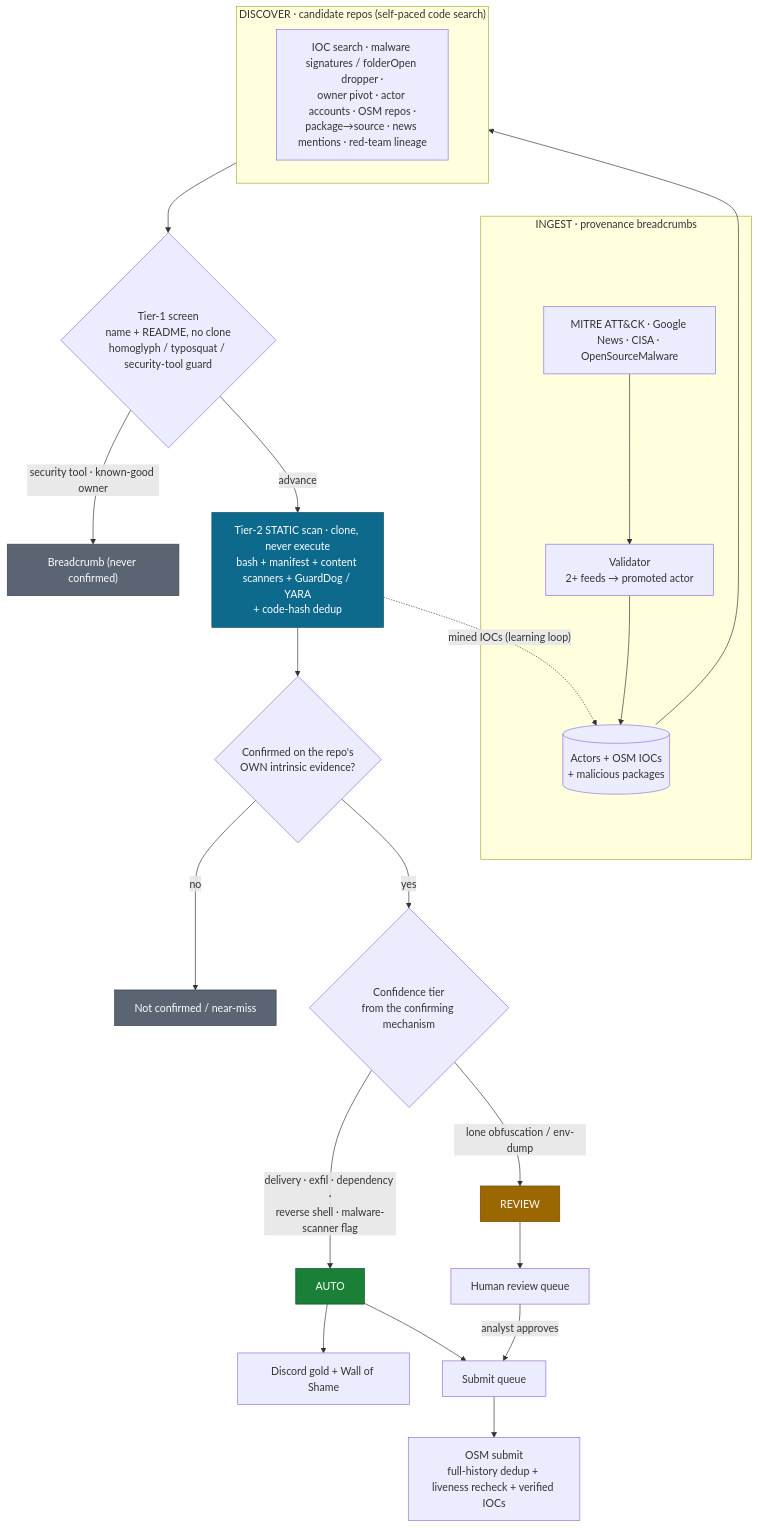
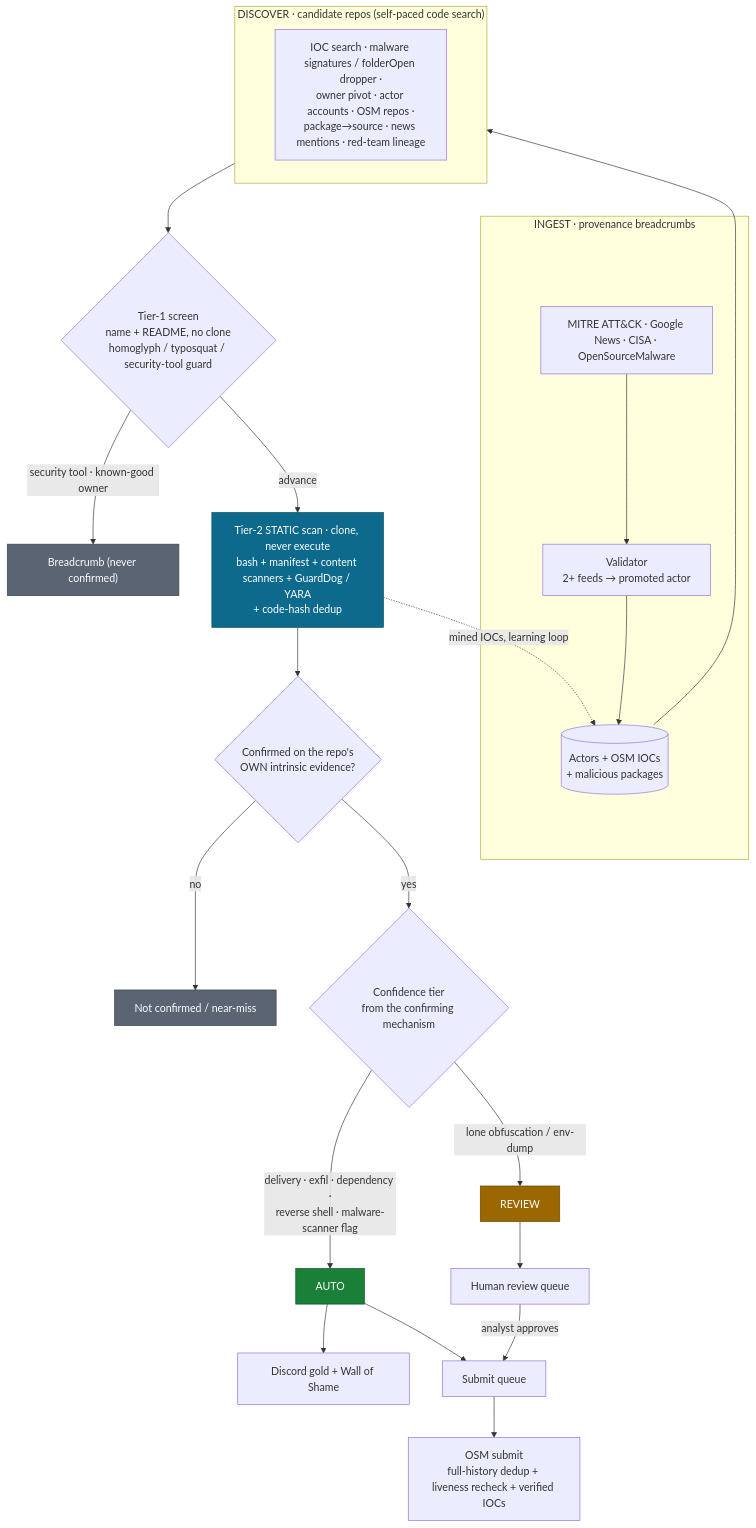
The diagram in README.md (OpenSource-For-Freedom/git_warden), drawn with Mermaid before and after one commit.

Commit message:
Harden Mermaid edge label (quote parens-free)

````diff
--- a/README.md
+++ b/README.md
@@ -38,39 +38,39 @@
 ```mermaid
 flowchart TD
     subgraph INGEST["INGEST · provenance breadcrumbs"]
         F["MITRE ATT&CK · Google News · CISA · OpenSourceMalware"]
         F --> VAL["Validator<br/>2+ feeds → promoted actor"]
         VAL --> ACT[("Actors + OSM IOCs<br/>+ malicious packages")]
     end
 
     subgraph DISCOVER["DISCOVER · candidate repos (self-paced code search)"]
         direction LR
         D["IOC search · malware signatures / folderOpen dropper ·<br/>owner pivot · actor accounts · OSM repos ·<br/>package→source · news mentions · red-team lineage"]
     end
     ACT --> D
 
     D --> T1{"Tier-1 screen<br/>name + README, no clone<br/>homoglyph / typosquat / security-tool guard"}
     T1 -->|"security tool · known-good owner"| BC["Breadcrumb (never confirmed)"]:::drop
     T1 -->|advance| T2
 
     T2["Tier-2 STATIC scan · clone, never execute<br/>bash + manifest + content scanners + GuardDog / YARA<br/>+ code-hash dedup"]:::stage
     T2 --> CONF{"Confirmed on the repo's<br/>OWN intrinsic evidence?"}
     CONF -->|no| NM["Not confirmed / near-miss"]:::drop
 
     CONF -->|yes| TIER{"Confidence tier<br/>from the confirming mechanism"}
     TIER -->|"delivery · exfil · dependency ·<br/>reverse shell · malware-scanner flag"| AUTO["AUTO"]:::auto
     TIER -->|"lone obfuscation / env-dump"| REVIEW["REVIEW"]:::review
 
     AUTO --> GOLD["Discord gold + Wall of Shame"]
     AUTO --> QUEUE["Submit queue"]
     REVIEW --> HUMAN["Human review queue"]
     HUMAN -->|analyst approves| QUEUE
 
     QUEUE --> SUB["OSM submit<br/>full-history dedup + liveness recheck + verified IOCs"]
-    T2 -. mined IOCs (learning loop) .-> ACT
+    T2 -. "mined IOCs, learning loop" .-> ACT
 
     classDef auto fill:#1a7f37,stroke:#0c5222,color:#fff;
     classDef review fill:#9a6700,stroke:#6b4700,color:#fff;
     classDef drop fill:#5a6472,stroke:#3a4048,color:#fff;
     classDef stage fill:#0d6a8c,stroke:#094a61,color:#fff;
 ```
````
